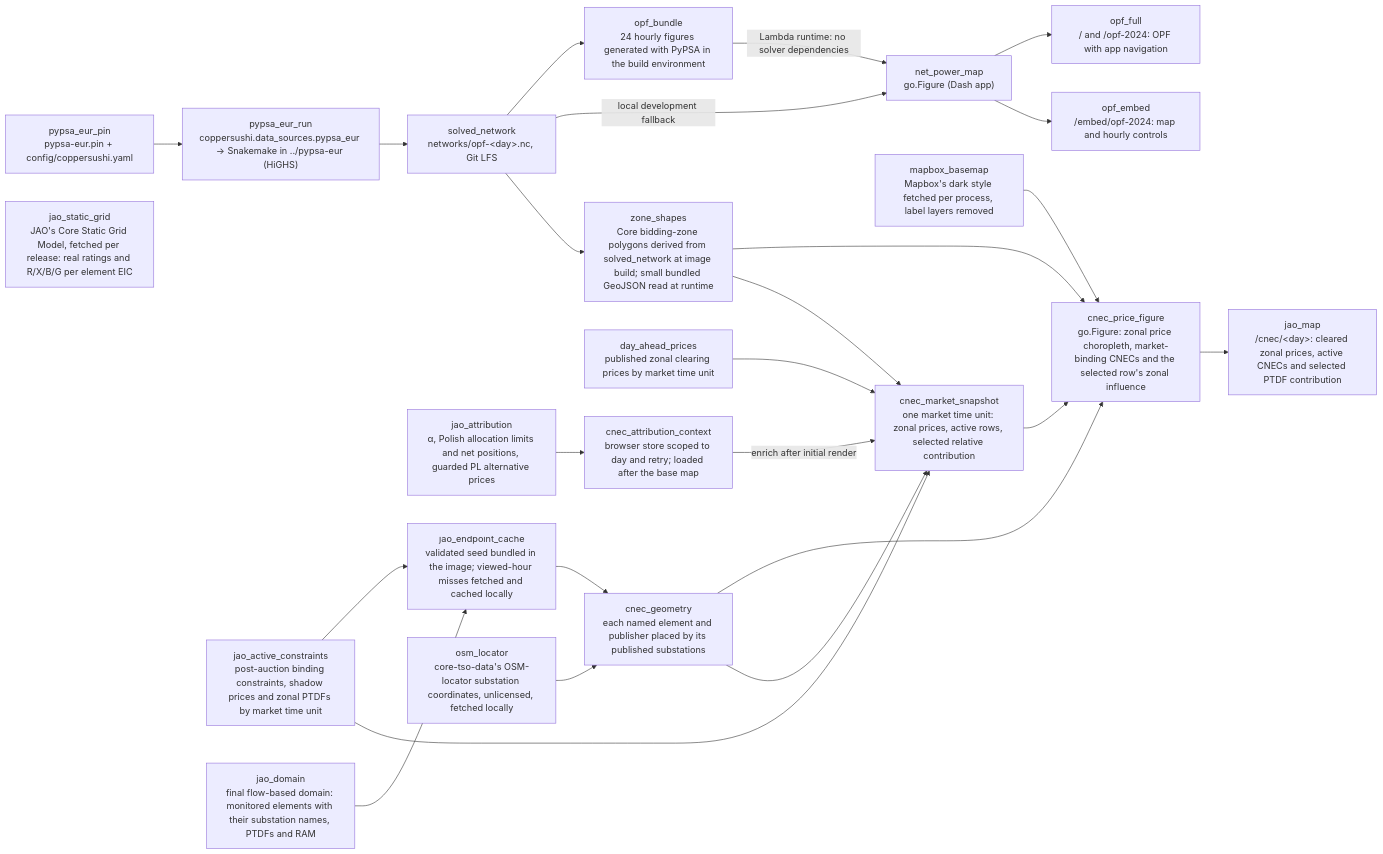
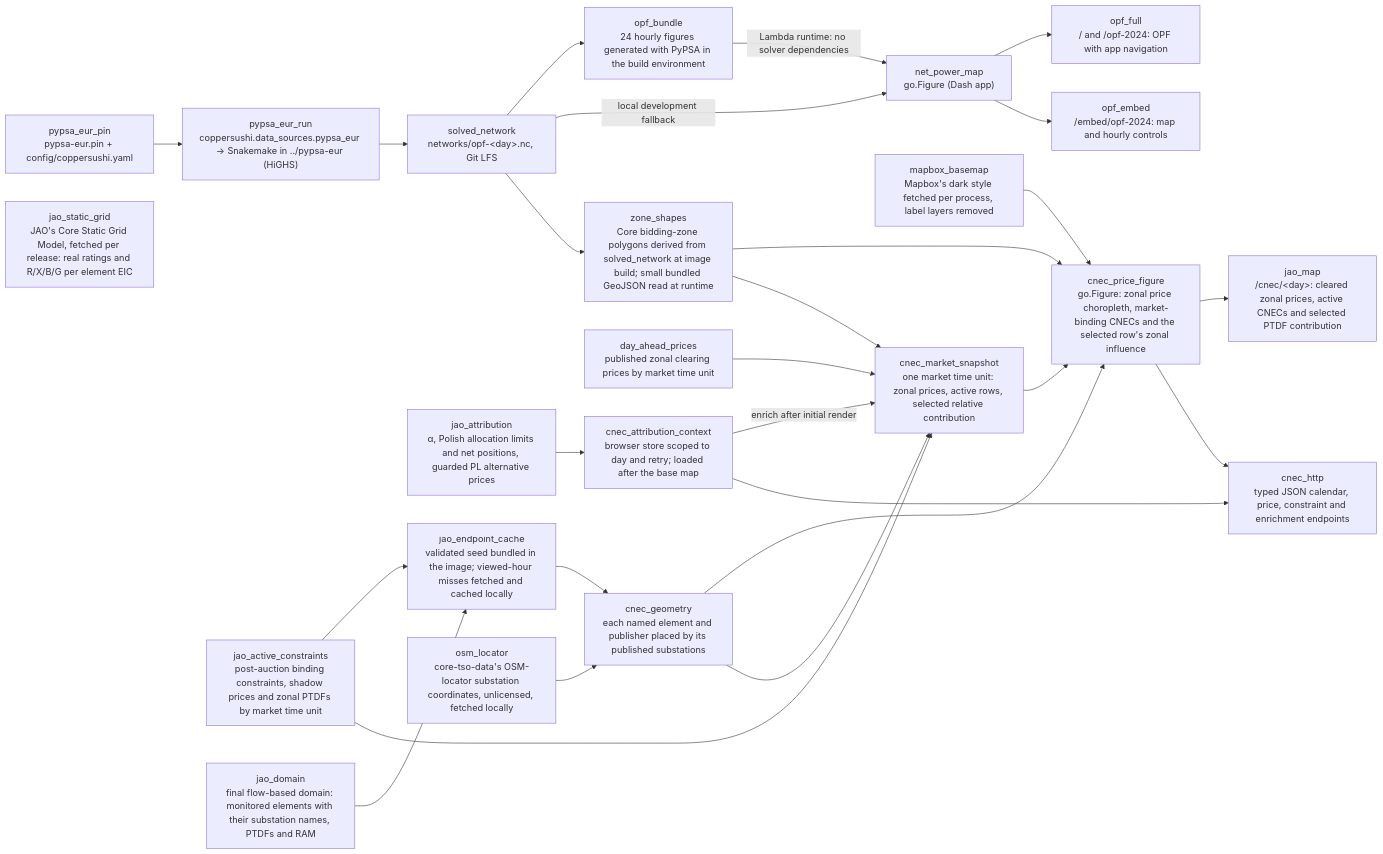
One commit to zoltanmaric/coppersushi changed the diagram in wiki/sushi-2.md. Above: the diagram before and after it, drawn with Mermaid. The commit also changed other lines of this file and 6 other files, not shown here.

Commit message:
Expose independently loaded CNEC layers through typed HTTP contracts

````diff
--- a/wiki/sushi-2.md
+++ b/wiki/sushi-2.md
@@ -17,53 +17,56 @@
 ```mermaid
 flowchart LR
     classDef planned stroke-dasharray: 5 5,stroke:#888,fill:none
 
     net_power_map["net_power_map<br/>go.Figure (Dash app)"]
 
     pypsa_eur_pin["pypsa_eur_pin<br/>pypsa-eur.pin + config/coppersushi.yaml"]
     pypsa_eur_run["pypsa_eur_run<br/>coppersushi.data_sources.pypsa_eur → Snakemake in ../pypsa-eur (HiGHS)"]
     solved_network["solved_network<br/>networks/opf-&lt;day&gt;.nc, Git LFS"]
     jao_active_constraints["jao_active_constraints<br/>post-auction binding constraints, shadow prices and zonal PTDFs by market time unit"]
     jao_attribution["jao_attribution<br/>α, Polish allocation limits and net positions, guarded PL alternative prices"]
     cnec_attribution_context["cnec_attribution_context<br/>browser store scoped to day and retry; loaded after the base map"]
     jao_domain["jao_domain<br/>final flow-based domain: monitored elements with their substation names, PTDFs and RAM"]
     jao_endpoint_cache["jao_endpoint_cache<br/>validated seed bundled in the image; viewed-hour misses fetched and cached locally"]
     osm_locator["osm_locator<br/>core-tso-data's OSM-locator substation coordinates, unlicensed, fetched locally"]
     cnec_geometry["cnec_geometry<br/>each named element and publisher placed by its published substations"]
     zone_shapes["zone_shapes<br/>Core bidding-zone polygons derived from solved_network at image build; small bundled GeoJSON read at runtime"]
     mapbox_basemap["mapbox_basemap<br/>Mapbox's dark style fetched per process, label layers removed"]
 
     jao_static_grid["jao_static_grid<br/>JAO's Core Static Grid Model, fetched per release: real ratings and R/X/B/G per element EIC"]
 
     day_ahead_prices["day_ahead_prices<br/>published zonal clearing prices by market time unit"]
     cnec_market_snapshot["cnec_market_snapshot<br/>one market time unit: zonal prices, active rows, selected relative contribution"]
     cnec_price_figure["cnec_price_figure<br/>go.Figure: zonal price choropleth, market-binding CNECs and the selected row's zonal influence"]
     jao_map["jao_map<br/>/cnec/&lt;day&gt;: cleared zonal prices, active CNECs and selected PTDF contribution"]
 
     pypsa_eur_pin --> pypsa_eur_run
     pypsa_eur_run --> solved_network
     opf_full["opf_full<br/>/ and /opf-2024: OPF with app navigation"]
     opf_embed["opf_embed<br/>/embed/opf-2024: map and hourly controls"]
     net_power_map --> opf_full
     net_power_map --> opf_embed
     opf_bundle["opf_bundle<br/>24 hourly figures generated with PyPSA in the build environment"]
     solved_network --> opf_bundle
     opf_bundle -->|Lambda runtime: no solver dependencies| net_power_map
     solved_network -->|local development fallback| net_power_map
     solved_network --> zone_shapes
     zone_shapes --> cnec_price_figure
     jao_domain --> jao_endpoint_cache
     jao_active_constraints --> jao_endpoint_cache
     jao_endpoint_cache --> cnec_geometry
     osm_locator --> cnec_geometry
     cnec_geometry --> cnec_price_figure
     mapbox_basemap --> cnec_price_figure
     jao_attribution --> cnec_attribution_context
     cnec_attribution_context -->|enrich after initial render| cnec_market_snapshot
     cnec_geometry --> cnec_market_snapshot
     zone_shapes --> cnec_market_snapshot
     jao_active_constraints --> cnec_market_snapshot
     day_ahead_prices --> cnec_market_snapshot
     cnec_market_snapshot --> cnec_price_figure
     cnec_price_figure --> jao_map
+    cnec_http["cnec_http<br/>typed JSON calendar, price, constraint and enrichment endpoints"]
+    cnec_price_figure --> cnec_http
+    cnec_attribution_context --> cnec_http
 ```
````
